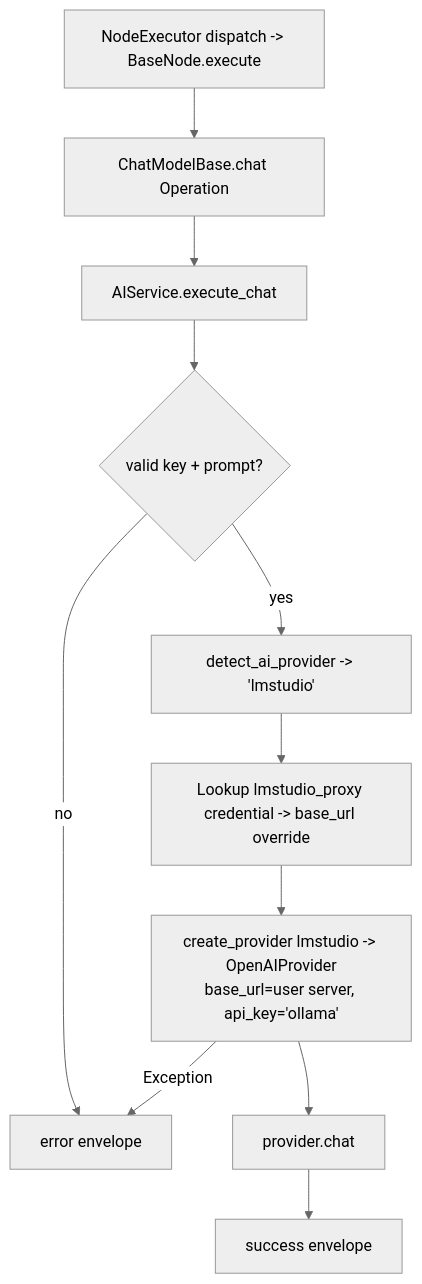
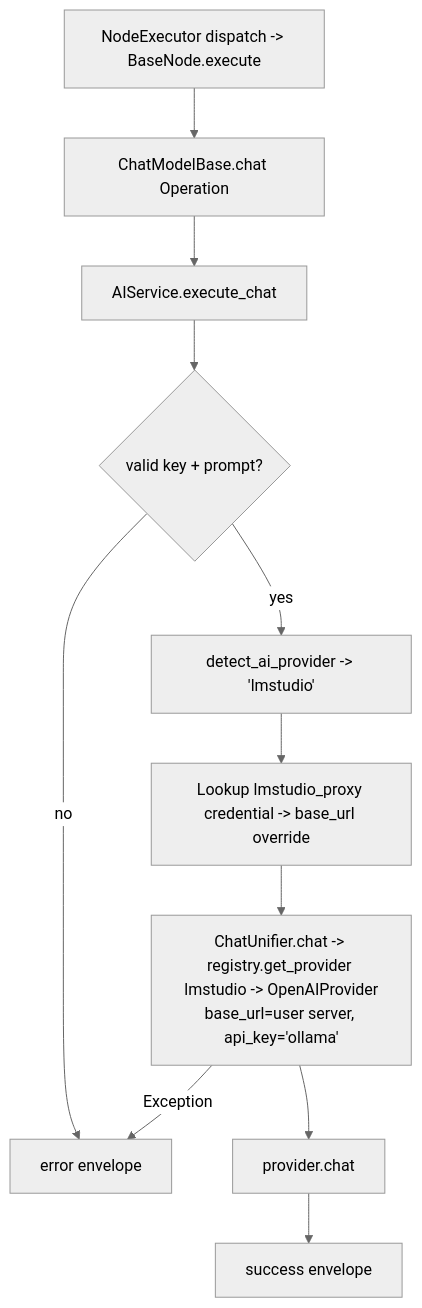
One commit to zeenie-ai/OpenCompany changed the diagram in docs-internal/node-logic-flows/ai_chat_models/lmstudioChatModel.md. Above: the diagram before and after it, drawn with Mermaid (neutral theme). The commit also changed other lines of this file and 39 other files, not shown here.

````diff
--- a/docs-internal/node-logic-flows/ai_chat_models/lmstudioChatModel.md
+++ b/docs-internal/node-logic-flows/ai_chat_models/lmstudioChatModel.md
@@ -61,13 +61,13 @@
 ```mermaid
 flowchart TD
   A[NodeExecutor dispatch -> BaseNode.execute] --> B[ChatModelBase.chat Operation]
   B --> C[AIService.execute_chat]
   C --> D{valid key + prompt?}
   D -- no --> X[error envelope]
   D -- yes --> E[detect_ai_provider -> 'lmstudio']
   E --> F[Lookup lmstudio_proxy credential -> base_url override]
-  F --> G[create_provider lmstudio -> OpenAIProvider<br/>base_url=user server, api_key='ollama']
+  F --> G[ChatUnifier.chat -> registry.get_provider lmstudio -> OpenAIProvider<br/>base_url=user server, api_key='ollama']
   G --> H[provider.chat]
   H --> I[success envelope]
   G -- Exception --> X
 ```
````
